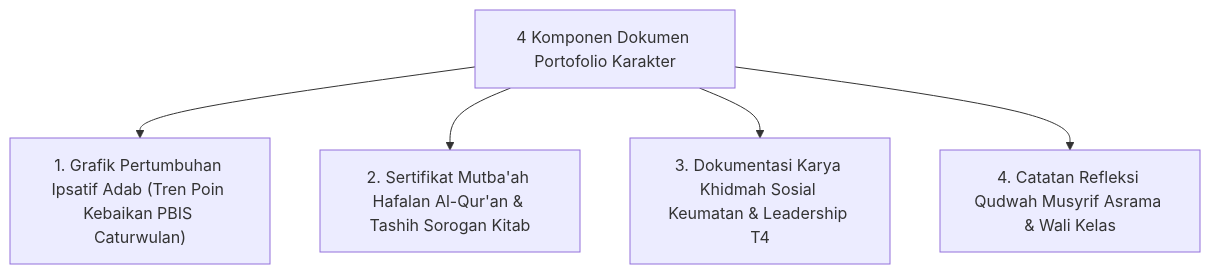
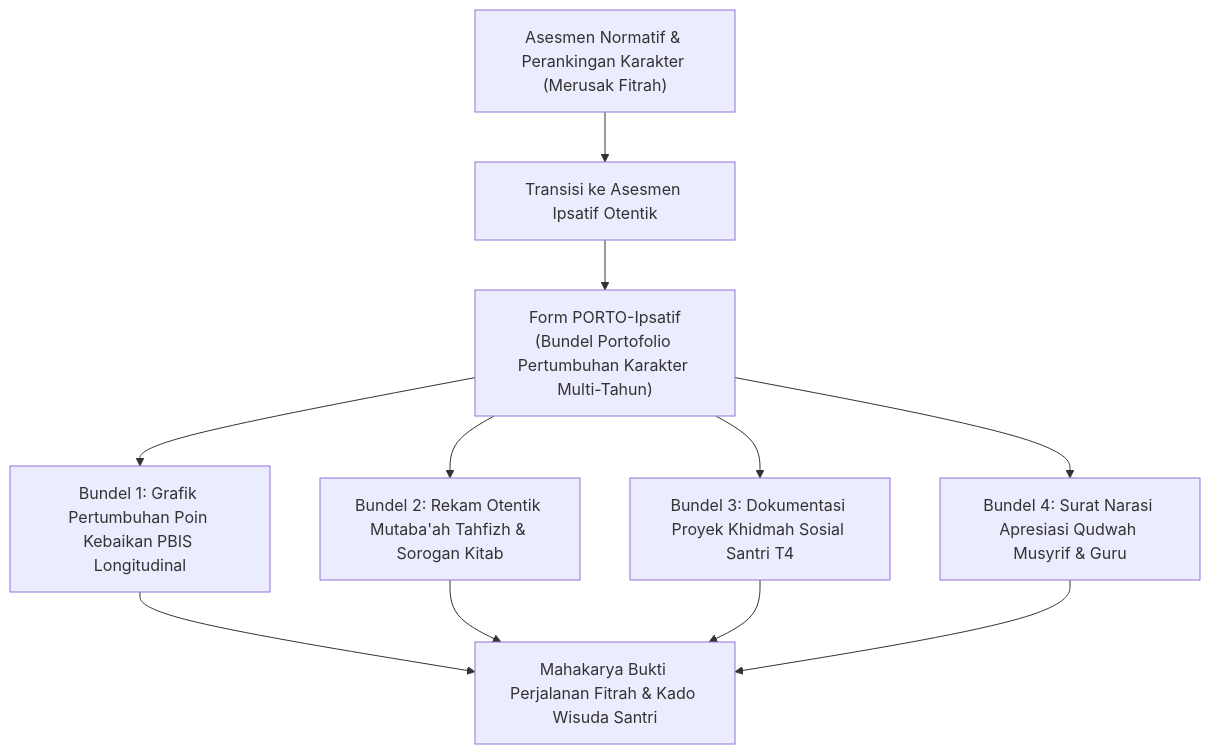
One commit to wandiapriliyandi/tumbuh changed the first of 2 diagrams in 11 Tools/06 Documentation Tools/P11-06-03-Dokumen-Portofolio-Karakter-Ipsatif-Santri.md. Above: the diagram before and after it, drawn with Mermaid. The commit also changed other lines of this file and 3 other files, not shown here.

````diff
--- a/11 Tools/06 Documentation Tools/P11-06-03-Dokumen-Portofolio-Karakter-Ipsatif-Santri.md
+++ b/11 Tools/06 Documentation Tools/P11-06-03-Dokumen-Portofolio-Karakter-Ipsatif-Santri.md
@@ -14,8 +20,10 @@
 ```mermaid
 graph TD
-    PortfolioStructure["4 Komponen Dokumen Portofolio Karakter"]
-    PortfolioStructure --> GrowthGraph["1. Grafik Pertumbuhan Ipsatif Adab (Tren Poin Kebaikan PBIS Caturwulan)"]
-    PortfolioStructure --> QuranCert["2. Sertifikat Mutba'ah Hafalan Al-Qur'an & Tashih Sorogan Kitab"]
-    PortfolioStructure --> KhidmahCert["3. Dokumentasi Karya Khidmah Sosial Keumatan & Leadership T4"]
-    PortfolioStructure --> TeacherNotes["4. Catatan Refleksi Qudwah Musyrif Asrama & Wali Kelas"]
+    AsesmenNormatif["Asesmen Normatif & Perankingan Karakter (Merusak Fitrah)"] --> Transformasi["Transisi ke Asesmen Ipsatif Otentik"]
+    Transformasi --> FormPorto["Form PORTO-Ipsatif<br/>(Bundel Portofolio Pertumbuhan Karakter Multi-Tahun)"]
+    FormPorto --> B1["Bundel 1: Grafik Pertumbuhan Poin Kebaikan PBIS Longitudinal"]
+    FormPorto --> B2["Bundel 2: Rekam Otentik Mutaba'ah Tahfizh & Sorogan Kitab"]
+    FormPorto --> B3["Bundel 3: Dokumentasi Proyek Khidmah Sosial Santri T4"]
+    FormPorto --> B4["Bundel 4: Surat Narasi Apresiasi Qudwah Musyrif & Guru"]
+    B1 & B2 & B3 & B4 --> Mahakarya["Mahakarya Bukti Perjalanan Fitrah & Kado Wisuda Santri"]
 ```
````
